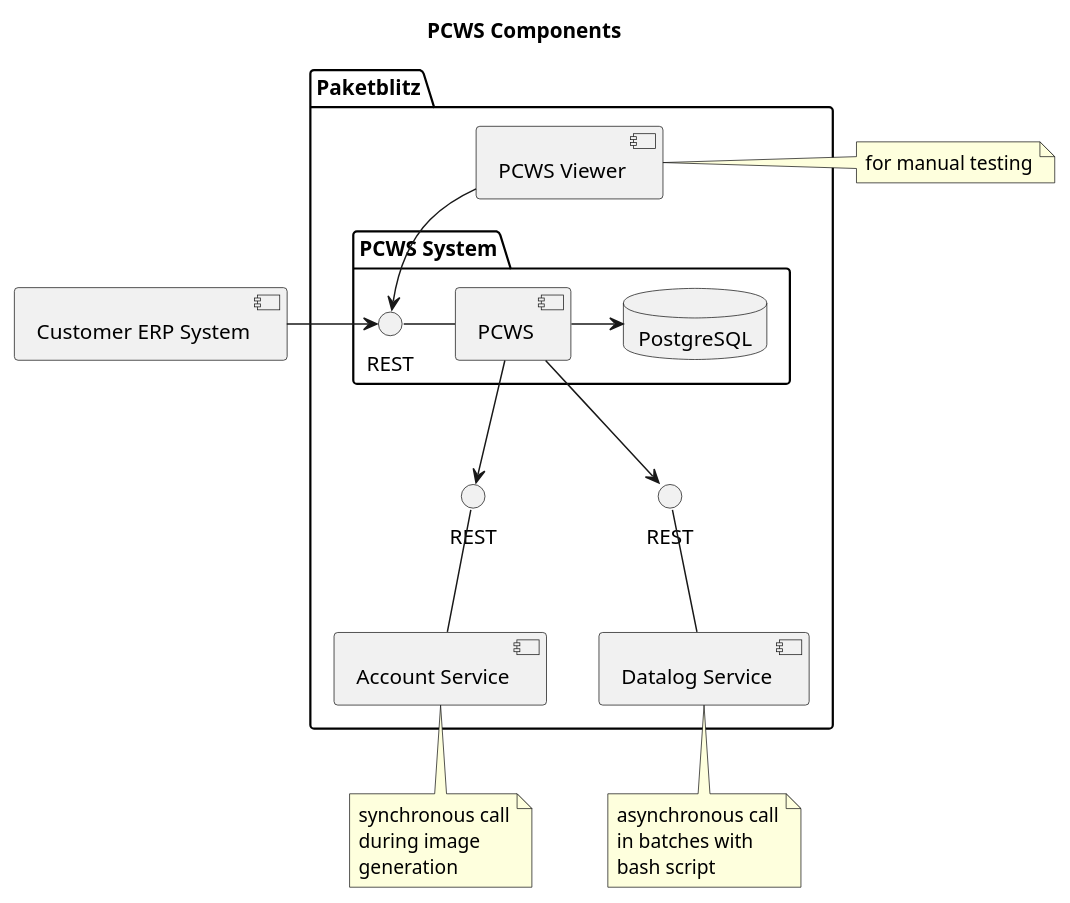
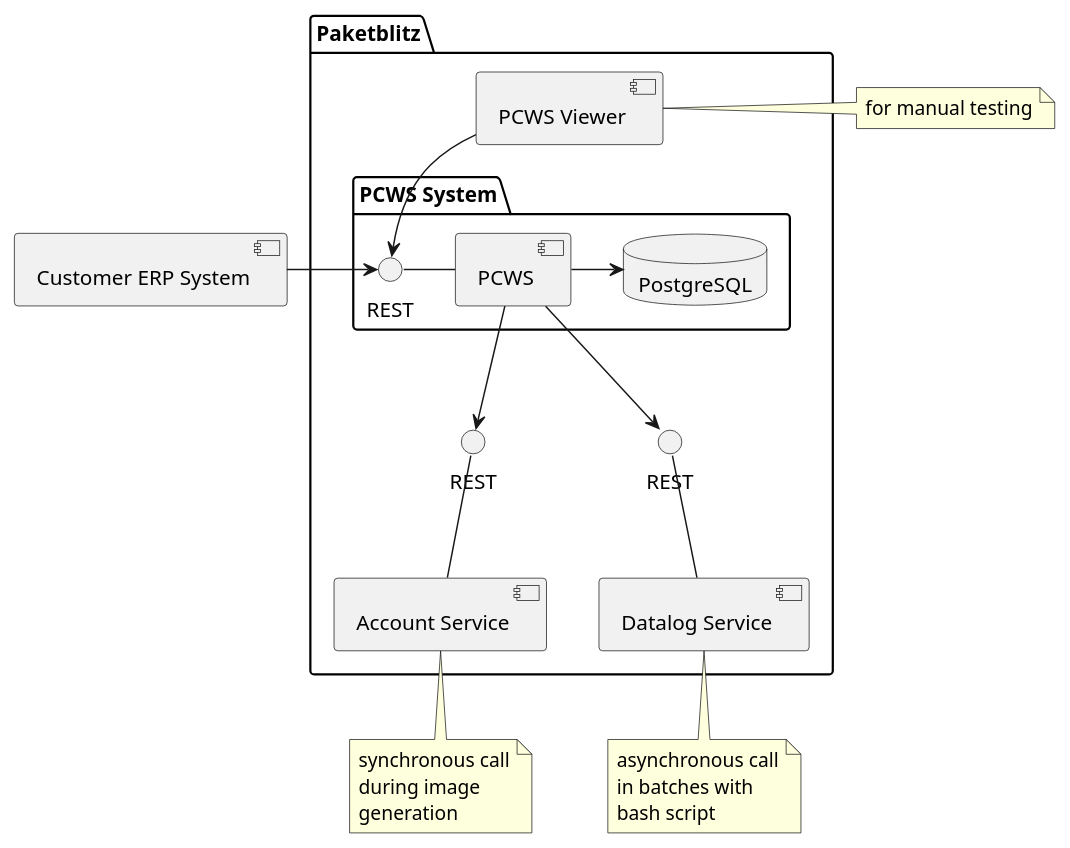
Before and after one commit to SamuelBucheliZ/bfh-apptrans-exercise: the diagram in img/components.puml, drawn with PlantUML. The commit also changed 5 other files, not shown here.

```diff
--- a/img/components.puml
+++ b/img/components.puml
@@ -1,42 +1,40 @@
 @startuml
-
-title PCWS Components
 
 [Customer ERP System] as Customer
 
 package "Paketblitz" {
   [PCWS Viewer] as PCWSViewer
   package "PCWS System" {
       interface "REST" as PCWSREST
       [PCWS]
       database "PostgreSQL"
   }
   interface "REST" as AccountServiceREST
   [Account Service] as AccountService
   interface "REST" as DatalogServiceREST
   [Datalog Service] as DatalogService
 }
 
 Customer -> PCWSREST
 PCWSViewer --> PCWSREST
 note left of PCWSViewer
   for manual testing
 end note
 PCWSREST - PCWS
 PCWS -> PostgreSQL
 PCWS --> AccountServiceREST
 note bottom of AccountService
   synchronous call
   during image
   generation
 end note
 AccountServiceREST -- AccountService
 PCWS --> DatalogServiceREST
 note bottom of DatalogService
   asynchronous call
   in batches with
   bash script
 end note
 DatalogServiceREST -- DatalogService
 
 @enduml
```
